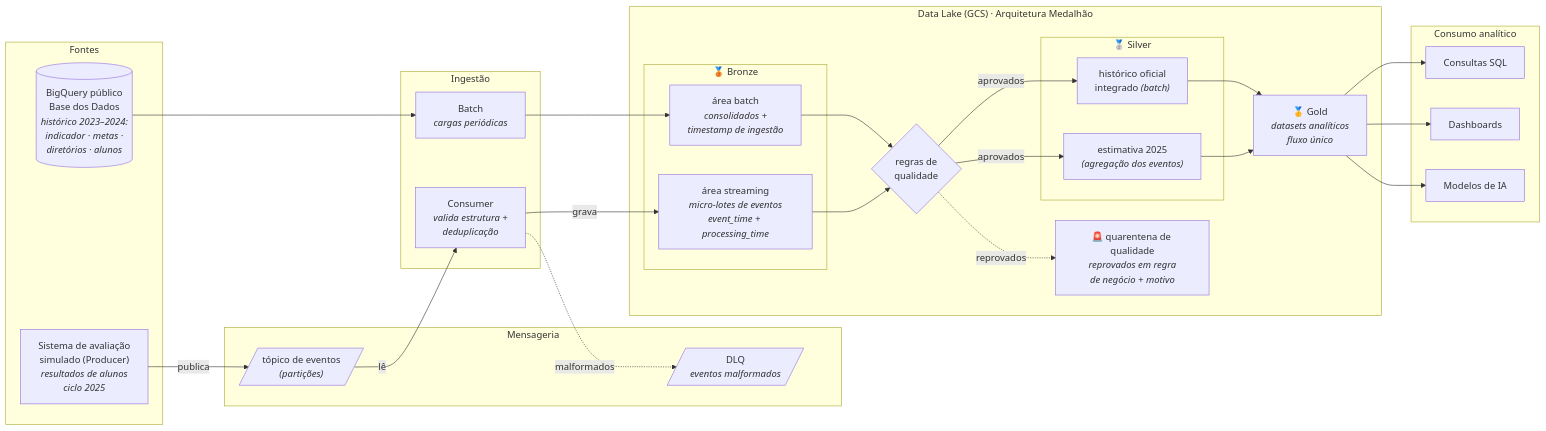
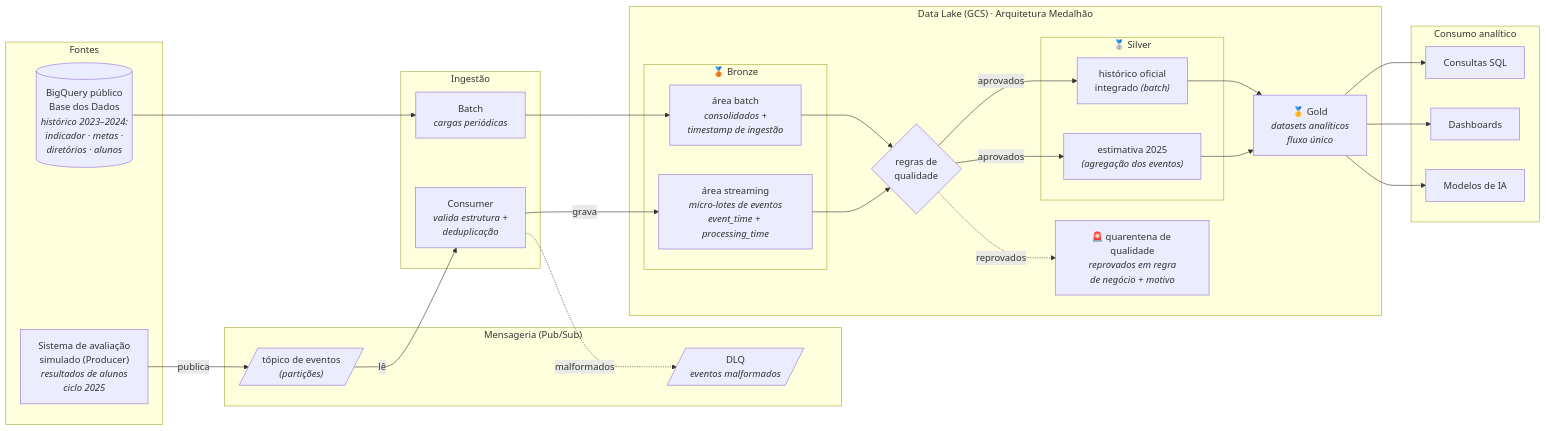
The diagram in README.md (pedrohm1986b/Tech_Challenge_RM373453_pipeline_alfabetizacao), drawn with Mermaid before and after one commit. The commit also changed other lines of this file and 3 other files, not shown here.

First line of the commit message:
docs: decisao de mensageria (Pub/Sub) e contrato do evento de streaming

````diff
--- a/README.md
+++ b/README.md
@@ -115,51 +115,51 @@
 ```mermaid
 flowchart LR
     subgraph F["Fontes"]
         BD[("BigQuery público<br>Base dos Dados<br><i>histórico 2023–2024:<br>indicador · metas ·<br>diretórios · alunos</i>")]
         SIM["Sistema de avaliação<br>simulado (Producer)<br><i>resultados de alunos<br>ciclo 2025</i>"]
     end
 
-    subgraph M["Mensageria"]
+    subgraph M["Mensageria (Pub/Sub)"]
         T[/"tópico de eventos<br><i>(partições)</i>"/]
         DLQ[/"DLQ<br><i>eventos malformados</i>"/]
     end
 
     subgraph I["Ingestão"]
         B1["Batch<br><i>cargas periódicas</i>"]
         C["Consumer<br><i>valida estrutura +<br>deduplicação</i>"]
     end
 
     subgraph L["Data Lake (GCS) · Arquitetura Medalhão"]
         subgraph BZ["🥉 Bronze"]
             BZB["área batch<br><i>consolidados +<br>timestamp de ingestão</i>"]
             BZS["área streaming<br><i>micro-lotes de eventos<br>event_time + processing_time</i>"]
         end
         Q{"regras de<br>qualidade"}
         subgraph SV["🥈 Silver"]
             SVH["histórico oficial<br>integrado <i>(batch)</i>"]
             SVE["estimativa 2025<br><i>(agregação dos eventos)</i>"]
         end
         QA["🚨 quarentena de qualidade<br><i>reprovados em regra<br>de negócio + motivo</i>"]
         GD["🥇 Gold<br><i>datasets analíticos<br>fluxo único</i>"]
     end
 
     subgraph CO["Consumo analítico"]
         SQL["Consultas SQL"]
         DB["Dashboards"]
         ML["Modelos de IA"]
     end
 
     BD --> B1 --> BZB
     SIM -->|publica| T -->|lê| C -->|grava| BZS
     C -.->|malformados| DLQ
     BZB --> Q
     BZS --> Q
     Q -->|aprovados| SVH
     Q -->|aprovados| SVE
     Q -.->|reprovados| QA
     SVH --> GD
     SVE --> GD
     GD --> SQL
     GD --> DB
     GD --> ML
 ```
````
